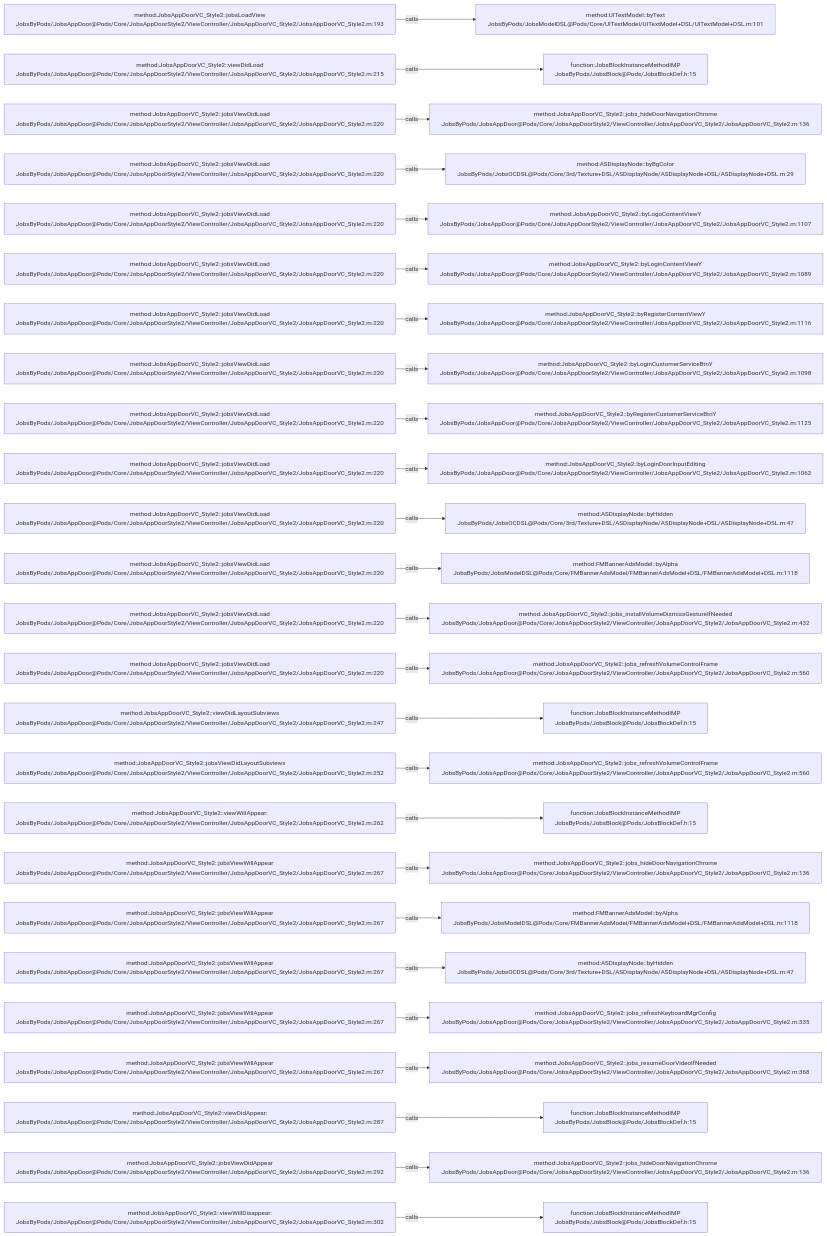
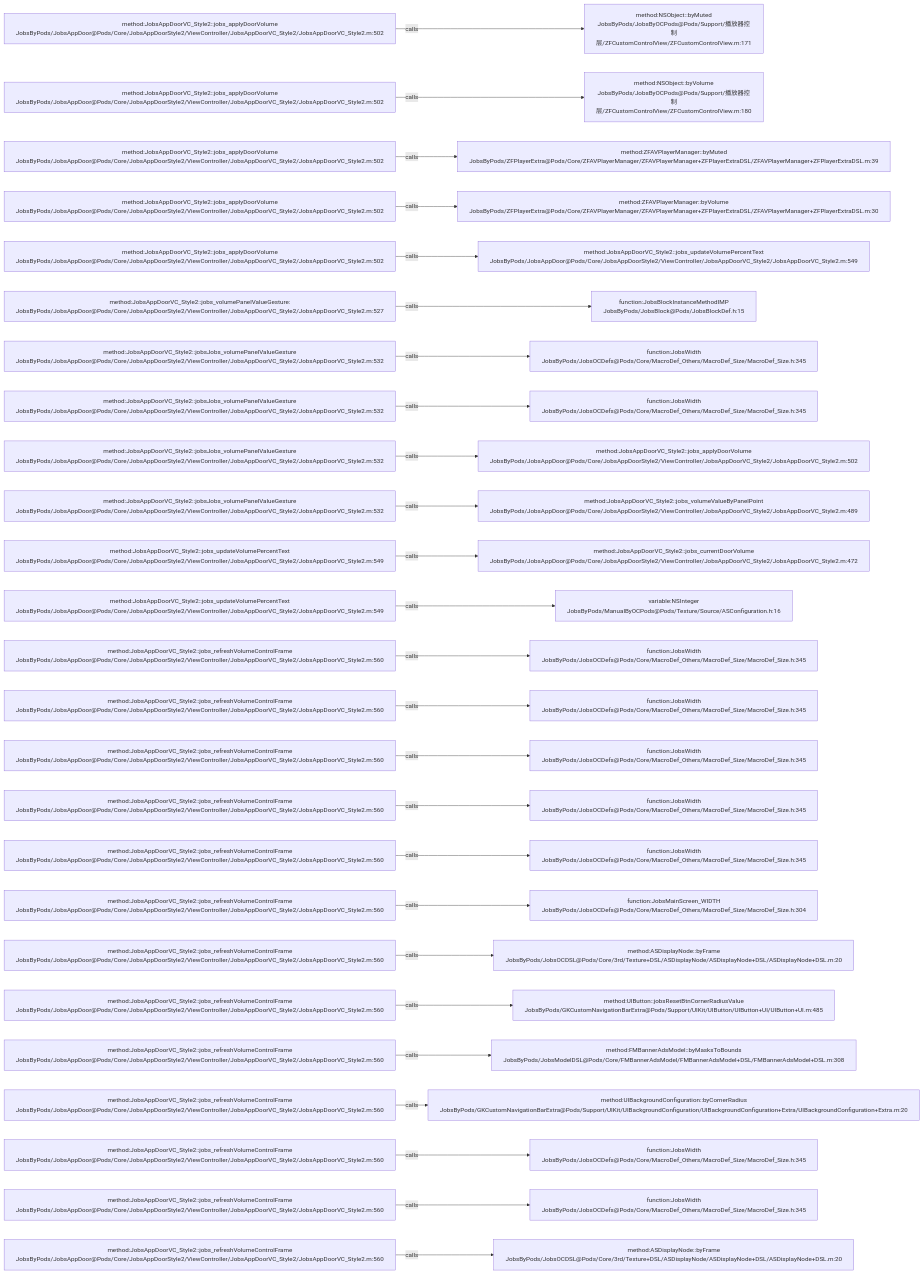
Before and after one commit to JobsKits/JobsOCBaseConfigDemo: the diagram in .codegraph/codegraph.md/graphs/calls-139.md, drawn with Mermaid. The commit also changed 223 other files, not shown here.

````diff
--- a/.codegraph/codegraph.md/graphs/calls-139.md
+++ b/.codegraph/codegraph.md/graphs/calls-139.md
@@ -13,78 +13,78 @@
 ```mermaid
 flowchart LR
-  S1["method:JobsAppDoorVC_Style2::jobsLoadView<br/>JobsByPods/JobsAppDoor@Pods/Core/JobsAppDoorStyle2/ViewController/JobsAppDoorVC_Style2/JobsAppDoorVC_Style2.m:193"]
-  T1["method:UITextModel::byText<br/>JobsByPods/JobsModelDSL@Pods/Core/UITextModel/UITextModel+DSL/UITextModel+DSL.m:101"]
+  S1["method:JobsAppDoorVC_Style2::jobs_applyDoorVolume<br/>JobsByPods/JobsAppDoor@Pods/Core/JobsAppDoorStyle2/ViewController/JobsAppDoorVC_Style2/JobsAppDoorVC_Style2.m:502"]
+  T1["method:NSObject::byMuted<br/>JobsByPods/JobsByOCPods@Pods/Support/播放器控制层/ZFCustomControlView/ZFCustomControlView.m:171"]
   S1 -->|calls| T1
-  S2["method:JobsAppDoorVC_Style2::viewDidLoad<br/>JobsByPods/JobsAppDoor@Pods/Core/JobsAppDoorStyle2/ViewController/JobsAppDoorVC_Style2/JobsAppDoorVC_Style2.m:215"]
-  T2["function:JobsBlockInstanceMethodIMP<br/>JobsByPods/JobsBlock@Pods/JobsBlockDef.h:15"]
+  S2["method:JobsAppDoorVC_Style2::jobs_applyDoorVolume<br/>JobsByPods/JobsAppDoor@Pods/Core/JobsAppDoorStyle2/ViewController/JobsAppDoorVC_Style2/JobsAppDoorVC_Style2.m:502"]
+  T2["method:NSObject::byVolume<br/>JobsByPods/JobsByOCPods@Pods/Support/播放器控制层/ZFCustomControlView/ZFCustomControlView.m:180"]
   S2 -->|calls| T2
-  S3["method:JobsAppDoorVC_Style2::jobsViewDidLoad<br/>JobsByPods/JobsAppDoor@Pods/Core/JobsAppDoorStyle2/ViewController/JobsAppDoorVC_Style2/JobsAppDoorVC_Style2.m:220"]
-  T3["method:JobsAppDoorVC_Style2::jobs_hideDoorNavigationChrome<br/>JobsByPods/JobsAppDoor@Pods/Core/JobsAppDoorStyle2/ViewController/JobsAppDoorVC_Style2/JobsAppDoorVC_Style2.m:136"]
+  S3["method:JobsAppDoorVC_Style2::jobs_applyDoorVolume<br/>JobsByPods/JobsAppDoor@Pods/Core/JobsAppDoorStyle2/ViewController/JobsAppDoorVC_Style2/JobsAppDoorVC_Style2.m:502"]
+  T3["method:ZFAVPlayerManager::byMuted<br/>JobsByPods/ZFPlayerExtra@Pods/Core/ZFAVPlayerManager/ZFAVPlayerManager+ZFPlayerExtraDSL/ZFAVPlayerManager+ZFPlayerExtraDSL.m:39"]
   S3 -->|calls| T3
-  S4["method:JobsAppDoorVC_Style2::jobsViewDidLoad<br/>JobsByPods/JobsAppDoor@Pods/Core/JobsAppDoorStyle2/ViewController/JobsAppDoorVC_Style2/JobsAppDoorVC_Style2.m:220"]
-  T4["method:ASDisplayNode::byBgColor<br/>JobsByPods/JobsOCDSL@Pods/Core/3rd/Texture+DSL/ASDisplayNode/ASDisplayNode+DSL/ASDisplayNode+DSL.m:29"]
+  S4["method:JobsAppDoorVC_Style2::jobs_applyDoorVolume<br/>JobsByPods/JobsAppDoor@Pods/Core/JobsAppDoorStyle2/ViewController/JobsAppDoorVC_Style2/JobsAppDoorVC_Style2.m:502"]
+  T4["method:ZFAVPlayerManager::byVolume<br/>JobsByPods/ZFPlayerExtra@Pods/Core/ZFAVPlayerManager/ZFAVPlayerManager+ZFPlayerExtraDSL/ZFAVPlayerManager+ZFPlayerExtraDSL.m:30"]
   S4 -->|calls| T4
-  S5["method:JobsAppDoorVC_Style2::jobsViewDidLoad<br/>JobsByPods/JobsAppDoor@Pods/Core/JobsAppDoorStyle2/ViewController/JobsAppDoorVC_Style2/JobsAppDoorVC_Style2.m:220"]
-  T5["method:JobsAppDoorVC_Style2::byLogoContentViewY<br/>JobsByPods/JobsAppDoor@Pods/Core/JobsAppDoorStyle2/ViewController/JobsAppDoorVC_Style2/JobsAppDoorVC_Style2.m:1107"]
+  S5["method:JobsAppDoorVC_Style2::jobs_applyDoorVolume<br/>JobsByPods/JobsAppDoor@Pods/Core/JobsAppDoorStyle2/ViewController/JobsAppDoorVC_Style2/JobsAppDoorVC_Style2.m:502"]
+  T5["method:JobsAppDoorVC_Style2::jobs_updateVolumePercentText<br/>JobsByPods/JobsAppDoor@Pods/Core/JobsAppDoorStyle2/ViewController/JobsAppDoorVC_Style2/JobsAppDoorVC_Style2.m:549"]
   S5 -->|calls| T5
-  S6["method:JobsAppDoorVC_Style2::jobsViewDidLoad<br/>JobsByPods/JobsAppDoor@Pods/Core/JobsAppDoorStyle2/ViewController/JobsAppDoorVC_Style2/JobsAppDoorVC_Style2.m:220"]
-  T6["method:JobsAppDoorVC_Style2::byLoginContentViewY<br/>JobsByPods/JobsAppDoor@Pods/Core/JobsAppDoorStyle2/ViewController/JobsAppDoorVC_Style2/JobsAppDoorVC_Style2.m:1089"]
+  S6["method:JobsAppDoorVC_Style2::jobs_volumePanelValueGesture:<br/>JobsByPods/JobsAppDoor@Pods/Core/JobsAppDoorStyle2/ViewController/JobsAppDoorVC_Style2/JobsAppDoorVC_Style2.m:527"]
+  T6["function:JobsBlockInstanceMethodIMP<br/>JobsByPods/JobsBlock@Pods/JobsBlockDef.h:15"]
   S6 -->|calls| T6
-  S7["method:JobsAppDoorVC_Style2::jobsViewDidLoad<br/>JobsByPods/JobsAppDoor@Pods/Core/JobsAppDoorStyle2/ViewController/JobsAppDoorVC_Style2/JobsAppDoorVC_Style2.m:220"]
-  T7["method:JobsAppDoorVC_Style2::byRegisterContentViewY<br/>JobsByPods/JobsAppDoor@Pods/Core/JobsAppDoorStyle2/ViewController/JobsAppDoorVC_Style2/JobsAppDoorVC_Style2.m:1116"]
+  S7["method:JobsAppDoorVC_Style2::jobsJobs_volumePanelValueGesture<br/>JobsByPods/JobsAppDoor@Pods/Core/JobsAppDoorStyle2/ViewController/JobsAppDoorVC_Style2/JobsAppDoorVC_Style2.m:532"]
+  T7["function:JobsWidth<br/>JobsByPods/JobsOCDefs@Pods/Core/MacroDef_Others/MacroDef_Size/MacroDef_Size.h:345"]
   S7 -->|calls| T7
-  S8["method:JobsAppDoorVC_Style2::jobsViewDidLoad<br/>JobsByPods/JobsAppDoor@Pods/Core/JobsAppDoorStyle2/ViewController/JobsAppDoorVC_Style2/JobsAppDoorVC_Style2.m:220"]
-  T8["method:JobsAppDoorVC_Style2::byLoginCustomerServiceBtnY<br/>JobsByPods/JobsAppDoor@Pods/Core/JobsAppDoorStyle2/ViewController/JobsAppDoorVC_Style2/JobsAppDoorVC_Style2.m:1098"]
+  S8["method:JobsAppDoorVC_Style2::jobsJobs_volumePanelValueGesture<br/>JobsByPods/JobsAppDoor@Pods/Core/JobsAppDoorStyle2/ViewController/JobsAppDoorVC_Style2/JobsAppDoorVC_Style2.m:532"]
+  T8["function:JobsWidth<br/>JobsByPods/JobsOCDefs@Pods/Core/MacroDef_Others/MacroDef_Size/MacroDef_Size.h:345"]
   S8 -->|calls| T8
-  S9["method:JobsAppDoorVC_Style2::jobsViewDidLoad<br/>JobsByPods/JobsAppDoor@Pods/Core/JobsAppDoorStyle2/ViewController/JobsAppDoorVC_Style2/JobsAppDoorVC_Style2.m:220"]
-  T9["method:JobsAppDoorVC_Style2::byRegisterCustomerServiceBtnY<br/>JobsByPods/JobsAppDoor@Pods/Core/JobsAppDoorStyle2/ViewController/JobsAppDoorVC_Style2/JobsAppDoorVC_Style2.m:1125"]
+  S9["method:JobsAppDoorVC_Style2::jobsJobs_volumePanelValueGesture<br/>JobsByPods/JobsAppDoor@Pods/Core/JobsAppDoorStyle2/ViewController/JobsAppDoorVC_Style2/JobsAppDoorVC_Style2.m:532"]
+  T9["method:JobsAppDoorVC_Style2::jobs_applyDoorVolume<br/>JobsByPods/JobsAppDoor@Pods/Core/JobsAppDoorStyle2/ViewController/JobsAppDoorVC_Style2/JobsAppDoorVC_Style2.m:502"]
   S9 -->|calls| T9
-  S10["method:JobsAppDoorVC_Style2::jobsViewDidLoad<br/>JobsByPods/JobsAppDoor@Pods/Core/JobsAppDoorStyle2/ViewController/JobsAppDoorVC_Style2/JobsAppDoorVC_Style2.m:220"]
-  T10["method:JobsAppDoorVC_Style2::byLoginDoorInputEditing<br/>JobsByPods/JobsAppDoor@Pods/Core/JobsAppDoorStyle2/ViewController/JobsAppDoorVC_Style2/JobsAppDoorVC_Style2.m:1062"]
+  S10["method:JobsAppDoorVC_Style2::jobsJobs_volumePanelValueGesture<br/>JobsByPods/JobsAppDoor@Pods/Core/JobsAppDoorStyle2/ViewController/JobsAppDoorVC_Style2/JobsAppDoorVC_Style2.m:532"]
+  T10["method:JobsAppDoorVC_Style2::jobs_volumeValueByPanelPoint<br/>JobsByPods/JobsAppDoor@Pods/Core/JobsAppDoorStyle2/ViewController/JobsAppDoorVC_Style2/JobsAppDoorVC_Style2.m:489"]
   S10 -->|calls| T10
-  S11["method:JobsAppDoorVC_Style2::jobsViewDidLoad<br/>JobsByPods/JobsAppDoor@Pods/Core/JobsAppDoorStyle2/ViewController/JobsAppDoorVC_Style2/JobsAppDoorVC_Style2.m:220"]
-  T11["method:ASDisplayNode::byHidden<br/>JobsByPods/JobsOCDSL@Pods/Core/3rd/Texture+DSL/ASDisplayNode/ASDisplayNode+DSL/ASDisplayNode+DSL.m:47"]
+  S11["method:JobsAppDoorVC_Style2::jobs_updateVolumePercentText<br/>JobsByPods/JobsAppDoor@Pods/Core/JobsAppDoorStyle2/ViewController/JobsAppDoorVC_Style2/JobsAppDoorVC_Style2.m:549"]
+  T11["method:JobsAppDoorVC_Style2::jobs_currentDoorVolume<br/>JobsByPods/JobsAppDoor@Pods/Core/JobsAppDoorStyle2/ViewController/JobsAppDoorVC_Style2/JobsAppDoorVC_Style2.m:472"]
   S11 -->|calls| T11
-  S12["method:JobsAppDoorVC_Style2::jobsViewDidLoad<br/>JobsByPods/JobsAppDoor@Pods/Core/JobsAppDoorStyle2/ViewController/JobsAppDoorVC_Style2/JobsAppDoorVC_Style2.m:220"]
-  T12["method:FMBannerAdsModel::byAlpha<br/>JobsByPods/JobsModelDSL@Pods/Core/FMBannerAdsModel/FMBannerAdsModel+DSL/FMBannerAdsModel+DSL.m:1118"]
+  S12["method:JobsAppDoorVC_Style2::jobs_updateVolumePercentText<br/>JobsByPods/JobsAppDoor@Pods/Core/JobsAppDoorStyle2/ViewController/JobsAppDoorVC_Style2/JobsAppDoorVC_Style2.m:549"]
+  T12["variable:NSInteger<br/>JobsByPods/ManualByOCPods@Pods/Texture/Source/ASConfiguration.h:16"]
   S12 -->|calls| T12
-  S13["method:JobsAppDoorVC_Style2::jobsViewDidLoad<br/>JobsByPods/JobsAppDoor@Pods/Core/JobsAppDoorStyle2/ViewController/JobsAppDoorVC_Style2/JobsAppDoorVC_Style2.m:220"]
-  T13["method:JobsAppDoorVC_Style2::jobs_installVolumeDismissGestureIfNeeded<br/>JobsByPods/JobsAppDoor@Pods/Core/JobsAppDoorStyle2/ViewController/JobsAppDoorVC_Style2/JobsAppDoorVC_Style2.m:432"]
+  S13["method:JobsAppDoorVC_Style2::jobs_refreshVolumeControlFrame<br/>JobsByPods/JobsAppDoor@Pods/Core/JobsAppDoorStyle2/ViewController/JobsAppDoorVC_Style2/JobsAppDoorVC_Style2.m:560"]
+  T13["function:JobsWidth<br/>JobsByPods/JobsOCDefs@Pods/Core/MacroDef_Others/MacroDef_Size/MacroDef_Size.h:345"]
   S13 -->|calls| T13
-  S14["method:JobsAppDoorVC_Style2::jobsViewDidLoad<br/>JobsByPods/JobsAppDoor@Pods/Core/JobsAppDoorStyle2/ViewController/JobsAppDoorVC_Style2/JobsAppDoorVC_Style2.m:220"]
-  T14["method:JobsAppDoorVC_Style2::jobs_refreshVolumeControlFrame<br/>JobsByPods/JobsAppDoor@Pods/Core/JobsAppDoorStyle2/ViewController/JobsAppDoorVC_Style2/JobsAppDoorVC_Style2.m:560"]
+  S14["method:JobsAppDoorVC_Style2::jobs_refreshVolumeControlFrame<br/>JobsByPods/JobsAppDoor@Pods/Core/JobsAppDoorStyle2/ViewController/JobsAppDoorVC_Style2/JobsAppDoorVC_Style2.m:560"]
+  T14["function:JobsWidth<br/>JobsByPods/JobsOCDefs@Pods/Core/MacroDef_Others/MacroDef_Size/MacroDef_Size.h:345"]
   S14 -->|calls| T14
-  S15["method:JobsAppDoorVC_Style2::viewDidLayoutSubviews<br/>JobsByPods/JobsAppDoor@Pods/Core/JobsAppDoorStyle2/ViewController/JobsAppDoorVC_Style2/JobsAppDoorVC_Style2.m:247"]
-  T15["function:JobsBlockInstanceMethodIMP<br/>JobsByPods/JobsBlock@Pods/JobsBlockDef.h:15"]
+  S15["method:JobsAppDoorVC_Style2::jobs_refreshVolumeControlFrame<br/>JobsByPods/JobsAppDoor@Pods/Core/JobsAppDoorStyle2/ViewController/JobsAppDoorVC_Style2/JobsAppDoorVC_Style2.m:560"]
+  T15["function:JobsWidth<br/>JobsByPods/JobsOCDefs@Pods/Core/MacroDef_Others/MacroDef_Size/MacroDef_Size.h:345"]
   S15 -->|calls| T15
-  S16["method:JobsAppDoorVC_Style2::jobsViewDidLayoutSubviews<br/>JobsByPods/JobsAppDoor@Pods/Core/JobsAppDoorStyle2/ViewController/JobsAppDoorVC_Style2/JobsAppDoorVC_Style2.m:252"]
-  T16["method:JobsAppDoorVC_Style2::jobs_refreshVolumeControlFrame<br/>JobsByPods/JobsAppDoor@Pods/Core/JobsAppDoorStyle2/ViewController/JobsAppDoorVC_Style2/JobsAppDoorVC_Style2.m:560"]
+  S16["method:JobsAppDoorVC_Style2::jobs_refreshVolumeControlFrame<br/>JobsByPods/JobsAppDoor@Pods/Core/JobsAppDoorStyle2/ViewController/JobsAppDoorVC_Style2/JobsAppDoorVC_Style2.m:560"]
+  T16["function:JobsWidth<br/>JobsByPods/JobsOCDefs@Pods/Core/MacroDef_Others/MacroDef_Size/MacroDef_Size.h:345"]
   S16 -->|calls| T16
-  S17["method:JobsAppDoorVC_Style2::viewWillAppear:<br/>JobsByPods/JobsAppDoor@Pods/Core/JobsAppDoorStyle2/ViewController/JobsAppDoorVC_Style2/JobsAppDoorVC_Style2.m:262"]
-  T17["function:JobsBlockInstanceMethodIMP<br/>JobsByPods/JobsBlock@Pods/JobsBlockDef.h:15"]
+  S17["method:JobsAppDoorVC_Style2::jobs_refreshVolumeControlFrame<br/>JobsByPods/JobsAppDoor@Pods/Core/JobsAppDoorStyle2/ViewController/JobsAppDoorVC_Style2/JobsAppDoorVC_Style2.m:560"]
+  T17["function:JobsWidth<br/>JobsByPods/JobsOCDefs@Pods/Core/MacroDef_Others/MacroDef_Size/MacroDef_Size.h:345"]
   S17 -->|calls| T17
-  S18["method:JobsAppDoorVC_Style2::jobsViewWillAppear<br/>JobsByPods/JobsAppDoor@Pods/Core/JobsAppDoorStyle2/ViewController/JobsAppDoorVC_Style2/JobsAppDoorVC_Style2.m:267"]
-  T18["method:JobsAppDoorVC_Style2::jobs_hideDoorNavigationChrome<br/>JobsByPods/JobsAppDoor@Pods/Core/JobsAppDoorStyle2/ViewController/JobsAppDoorVC_Style2/JobsAppDoorVC_Style2.m:136"]
+  S18["method:JobsAppDoorVC_Style2::jobs_refreshVolumeControlFrame<br/>JobsByPods/JobsAppDoor@Pods/Core/JobsAppDoorStyle2/ViewController/JobsAppDoorVC_Style2/JobsAppDoorVC_Style2.m:560"]
+  T18["function:JobsMainScreen_WIDTH<br/>JobsByPods/JobsOCDefs@Pods/Core/MacroDef_Others/MacroDef_Size/MacroDef_Size.h:304"]
   S18 -->|calls| T18
-  S19["method:JobsAppDoorVC_Style2::jobsViewWillAppear<br/>JobsByPods/JobsAppDoor@Pods/Core/JobsAppDoorStyle2/ViewController/JobsAppDoorVC_Style2/JobsAppDoorVC_Style2.m:267"]
-  T19["method:FMBannerAdsModel::byAlpha<br/>JobsByPods/JobsModelDSL@Pods/Core/FMBannerAdsModel/FMBannerAdsModel+DSL/FMBannerAdsModel+DSL.m:1118"]
+  S19["method:JobsAppDoorVC_Style2::jobs_refreshVolumeControlFrame<br/>JobsByPods/JobsAppDoor@Pods/Core/JobsAppDoorStyle2/ViewController/JobsAppDoorVC_Style2/JobsAppDoorVC_Style2.m:560"]
+  T19["method:ASDisplayNode::byFrame<br/>JobsByPods/JobsOCDSL@Pods/Core/3rd/Texture+DSL/ASDisplayNode/ASDisplayNode+DSL/ASDisplayNode+DSL.m:20"]
   S19 -->|calls| T19
-  S20["method:JobsAppDoorVC_Style2::jobsViewWillAppear<br/>JobsByPods/JobsAppDoor@Pods/Core/JobsAppDoorStyle2/ViewController/JobsAppDoorVC_Style2/JobsAppDoorVC_Style2.m:267"]
-  T20["method:ASDisplayNode::byHidden<br/>JobsByPods/JobsOCDSL@Pods/Core/3rd/Texture+DSL/ASDisplayNode/ASDisplayNode+DSL/ASDisplayNode+DSL.m:47"]
+  S20["method:JobsAppDoorVC_Style2::jobs_refreshVolumeControlFrame<br/>JobsByPods/JobsAppDoor@Pods/Core/JobsAppDoorStyle2/ViewController/JobsAppDoorVC_Style2/JobsAppDoorVC_Style2.m:560"]
+  T20["method:UIButton::jobsResetBtnCornerRadiusValue<br/>JobsByPods/GKCustomNavigationBarExtra@Pods/Support/UIKit/UIButton/UIButton+UI/UIButton+UI.m:485"]
   S20 -->|calls| T20
-  S21["method:JobsAppDoorVC_Style2::jobsViewWillAppear<br/>JobsByPods/JobsAppDoor@Pods/Core/JobsAppDoorStyle2/ViewController/JobsAppDoorVC_Style2/JobsAppDoorVC_Style2.m:267"]
-  T21["method:JobsAppDoorVC_Style2::jobs_refreshKeyboardMgrConfig<br/>JobsByPods/JobsAppDoor@Pods/Core/JobsAppDoorStyle2/ViewController/JobsAppDoorVC_Style2/JobsAppDoorVC_Style2.m:335"]
+  S21["method:JobsAppDoorVC_Style2::jobs_refreshVolumeControlFrame<br/>JobsByPods/JobsAppDoor@Pods/Core/JobsAppDoorStyle2/ViewController/JobsAppDoorVC_Style2/JobsAppDoorVC_Style2.m:560"]
+  T21["method:FMBannerAdsModel::byMasksToBounds<br/>JobsByPods/JobsModelDSL@Pods/Core/FMBannerAdsModel/FMBannerAdsModel+DSL/FMBannerAdsModel+DSL.m:308"]
   S21 -->|calls| T21
-  S22["method:JobsAppDoorVC_Style2::jobsViewWillAppear<br/>JobsByPods/JobsAppDoor@Pods/Core/JobsAppDoorStyle2/ViewController/JobsAppDoorVC_Style2/JobsAppDoorVC_Style2.m:267"]
-  T22["method:JobsAppDoorVC_Style2::jobs_resumeDoorVideoIfNeeded<br/>JobsByPods/JobsAppDoor@Pods/Core/JobsAppDoorStyle2/ViewController/JobsAppDoorVC_Style2/JobsAppDoorVC_Style2.m:368"]
+  S22["method:JobsAppDoorVC_Style2::jobs_refreshVolumeControlFrame<br/>JobsByPods/JobsAppDoor@Pods/Core/JobsAppDoorStyle2/ViewController/JobsAppDoorVC_Style2/JobsAppDoorVC_Style2.m:560"]
+  T22["method:UIBackgroundConfiguration::byCornerRadius<br/>JobsByPods/GKCustomNavigationBarExtra@Pods/Support/UIKit/UIBackgroundConfiguration/UIBackgroundConfiguration+Extra/UIBackgroundConfiguration+Extra.m:20"]
   S22 -->|calls| T22
-  S23["method:JobsAppDoorVC_Style2::viewDidAppear:<br/>JobsByPods/JobsAppDoor@Pods/Core/JobsAppDoorStyle2/ViewController/JobsAppDoorVC_Style2/JobsAppDoorVC_Style2.m:287"]
-  T23["function:JobsBlockInstanceMethodIMP<br/>JobsByPods/JobsBlock@Pods/JobsBlockDef.h:15"]
+  S23["method:JobsAppDoorVC_Style2::jobs_refreshVolumeControlFrame<br/>JobsByPods/JobsAppDoor@Pods/Core/JobsAppDoorStyle2/ViewController/JobsAppDoorVC_Style2/JobsAppDoorVC_Style2.m:560"]
+  T23["function:JobsWidth<br/>JobsByPods/JobsOCDefs@Pods/Core/MacroDef_Others/MacroDef_Size/MacroDef_Size.h:345"]
   S23 -->|calls| T23
-  S24["method:JobsAppDoorVC_Style2::jobsViewDidAppear<br/>JobsByPods/JobsAppDoor@Pods/Core/JobsAppDoorStyle2/ViewController/JobsAppDoorVC_Style2/JobsAppDoorVC_Style2.m:292"]
-  T24["method:JobsAppDoorVC_Style2::jobs_hideDoorNavigationChrome<br/>JobsByPods/JobsAppDoor@Pods/Core/JobsAppDoorStyle2/ViewController/JobsAppDoorVC_Style2/JobsAppDoorVC_Style2.m:136"]
+  S24["method:JobsAppDoorVC_Style2::jobs_refreshVolumeControlFrame<br/>JobsByPods/JobsAppDoor@Pods/Core/JobsAppDoorStyle2/ViewController/JobsAppDoorVC_Style2/JobsAppDoorVC_Style2.m:560"]
+  T24["function:JobsWidth<br/>JobsByPods/JobsOCDefs@Pods/Core/MacroDef_Others/MacroDef_Size/MacroDef_Size.h:345"]
   S24 -->|calls| T24
-  S25["method:JobsAppDoorVC_Style2::viewWillDisappear:<br/>JobsByPods/JobsAppDoor@Pods/Core/JobsAppDoorStyle2/ViewController/JobsAppDoorVC_Style2/JobsAppDoorVC_Style2.m:302"]
-  T25["function:JobsBlockInstanceMethodIMP<br/>JobsByPods/JobsBlock@Pods/JobsBlockDef.h:15"]
+  S25["method:JobsAppDoorVC_Style2::jobs_refreshVolumeControlFrame<br/>JobsByPods/JobsAppDoor@Pods/Core/JobsAppDoorStyle2/ViewController/JobsAppDoorVC_Style2/JobsAppDoorVC_Style2.m:560"]
+  T25["method:ASDisplayNode::byFrame<br/>JobsByPods/JobsOCDSL@Pods/Core/3rd/Texture+DSL/ASDisplayNode/ASDisplayNode+DSL/ASDisplayNode+DSL.m:20"]
   S25 -->|calls| T25
 ```
````
